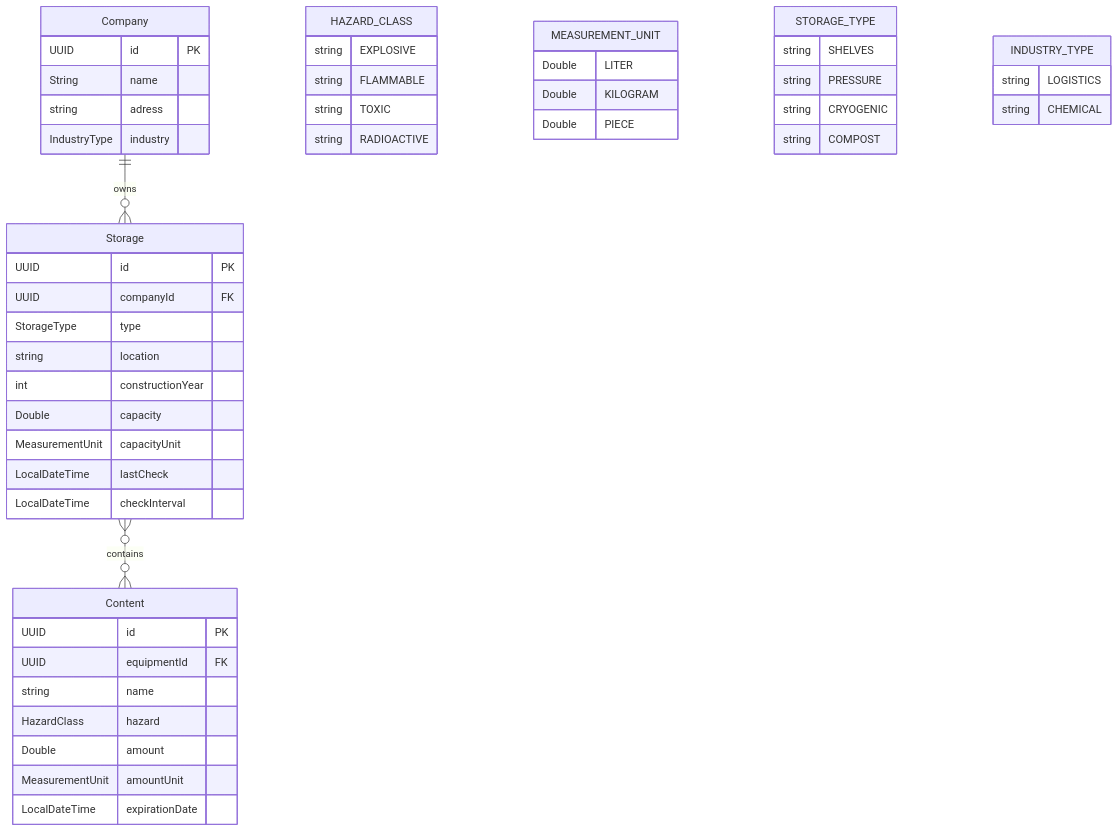
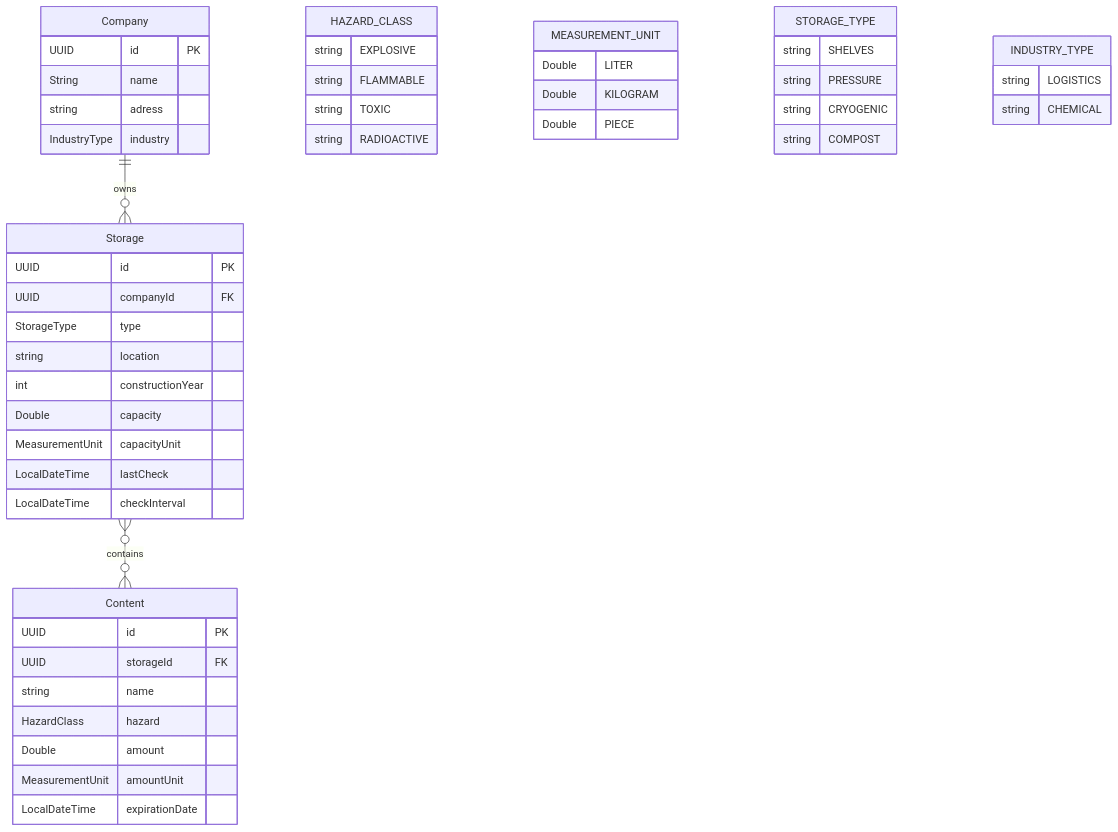
One commit to mgudux/hazmat-storage changed the diagram in docs/01_entity_relationship.mmd. Above: the diagram before and after it, drawn with Mermaid. The commit also changed 1 other file, not shown here.

```diff
--- a/docs/01_entity_relationship.mmd
+++ b/docs/01_entity_relationship.mmd
@@ -1,57 +1,57 @@
 erDiagram
     Company ||--o{ Storage : "owns"
     Storage }o--o{ Content : "contains"
 
     Company {
         UUID id PK
         String name
         string adress
         IndustryType industry
     }
 
     Storage {
         UUID id PK
         UUID companyId FK
         StorageType type
         string location
         int constructionYear
         Double capacity
         MeasurementUnit capacityUnit
         LocalDateTime lastCheck
         LocalDateTime checkInterval
     }
 
     Content {
         UUID id PK
-        UUID equipmentId FK
+        UUID storageId FK
         string name
         HazardClass hazard
         Double amount
         MeasurementUnit amountUnit
         LocalDateTime expirationDate
     }
 
     HAZARD_CLASS {
         string EXPLOSIVE
         string FLAMMABLE
         string TOXIC
         string RADIOACTIVE
     }
 
     MEASUREMENT_UNIT {
         Double LITER
         Double KILOGRAM
         Double PIECE
     }
 
     STORAGE_TYPE {
         string SHELVES
         string PRESSURE
         string CRYOGENIC
         string COMPOST
     }
 
     INDUSTRY_TYPE {
         string LOGISTICS
         string CHEMICAL
     }
```
